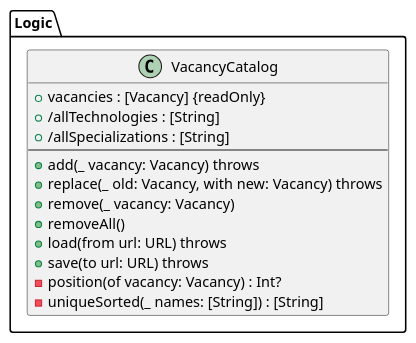
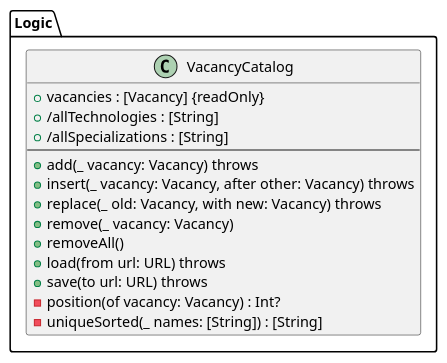
One commit to goosedum/kursova-1 changed the diagram in docs/uml/2-classes/types/catalog.iuml. Above: the diagram before and after it, drawn with PlantUML. The commit also changed 8 other files, not shown here.

```diff
--- a/docs/uml/2-classes/types/catalog.iuml
+++ b/docs/uml/2-classes/types/catalog.iuml
@@ -1,17 +1,18 @@
 ' Шар Logic — каталог вакансій (сховище з перевіркою). Підключається з діаграм у docs/uml/2-classes (крок 3.2). Джерело — .claude/plan/02-architecture.md §3.
 package "Logic" {
   class VacancyCatalog {
     + vacancies : [Vacancy] {readOnly}
     + /allTechnologies : [String]
     + /allSpecializations : [String]
     --
     + add(_ vacancy: Vacancy) throws
+    + insert(_ vacancy: Vacancy, after other: Vacancy) throws
     + replace(_ old: Vacancy, with new: Vacancy) throws
     + remove(_ vacancy: Vacancy)
     + removeAll()
     + load(from url: URL) throws
     + save(to url: URL) throws
     - position(of vacancy: Vacancy) : Int?
     - uniqueSorted(_ names: [String]) : [String]
   }
 }
```
